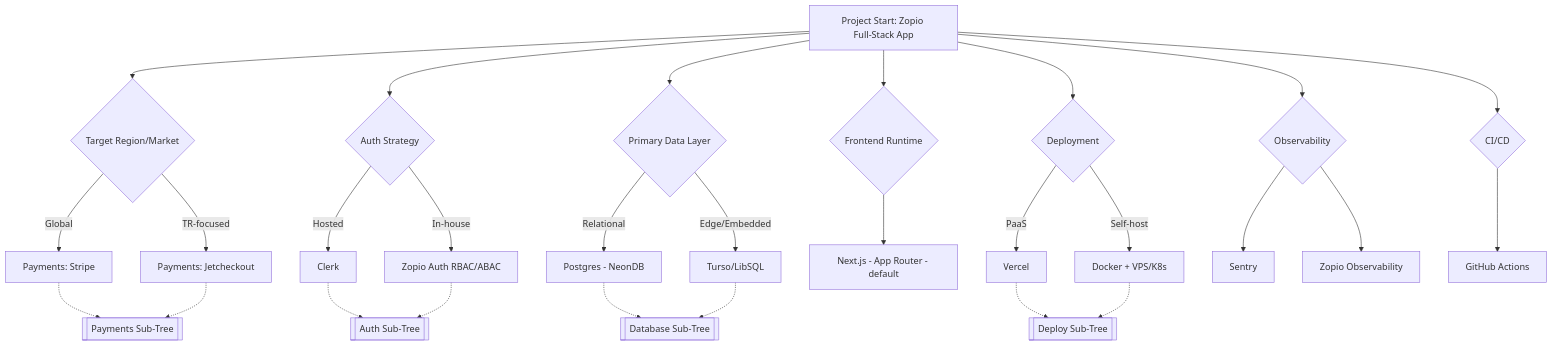
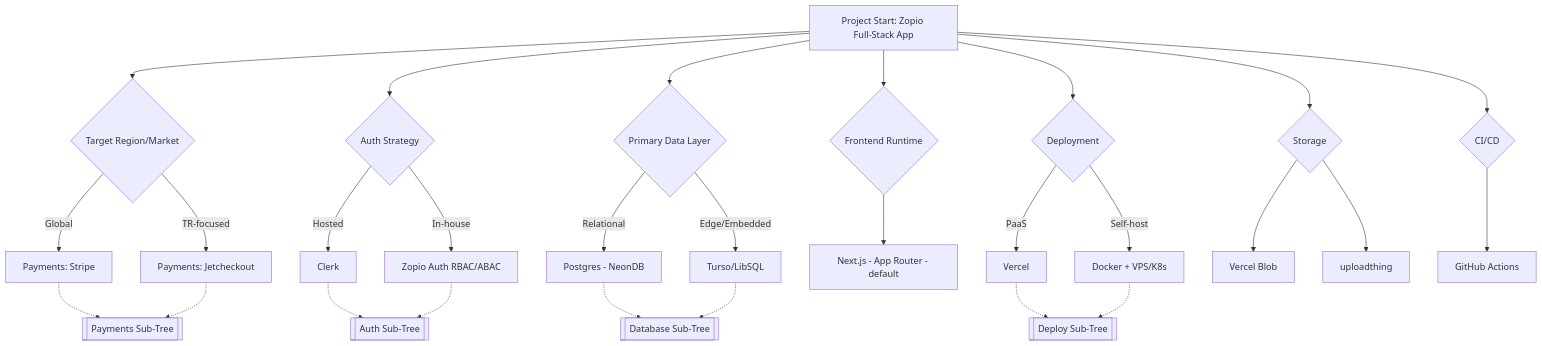
Before and after one commit to mehmetburakyavuz/test-dog: the first of 7 diagrams in README.md, drawn with Mermaid. The commit also changed other lines of this file, not shown here.

````diff
--- a/README.md
+++ b/README.md
@@ -154,39 +154,39 @@
 ```mermaid
 flowchart TD
 
     A[Project Start: Zopio Full‑Stack App] --> B{Target Region/Market}
     B -->|Global| C[Payments: Stripe]
     B -->|TR‑focused| D[Payments: Jetcheckout]
 
     A --> E{Auth Strategy}
     E -->|Hosted| F[Clerk]
     E -->|In‑house| G[Zopio Auth RBAC/ABAC]
 
     A --> H{Primary Data Layer}
     H -->|Relational| I[Postgres - NeonDB]
     H -->|Edge/Embedded| J[Turso/LibSQL]
 
     A --> K{Frontend Runtime}
     K --> L[Next.js - App Router - default]
 
     A --> M{Deployment}
     M -->|PaaS| N[Vercel]
     M -->|Self‑host| O[Docker + VPS/K8s]
 
-    A --> P{Observability}
-    P --> Q[Sentry]
-    P --> R[Zopio Observability]
+    A --> P{Storage}
+    P --> Q[Vercel Blob]
+    P --> R[uploadthing]
 
     A --> S{CI/CD}
     S --> T[GitHub Actions]
 
     %% Cross‑refs
     C -.-> U[[Payments Sub‑Tree]]
     D -.-> U
     F -.-> V[[Auth Sub‑Tree]]
     G -.-> V
     I -.-> W[[Database Sub‑Tree]]
     J -.-> W
     N -.-> X[[Deploy Sub‑Tree]]
     O -.-> X
 ```
````
